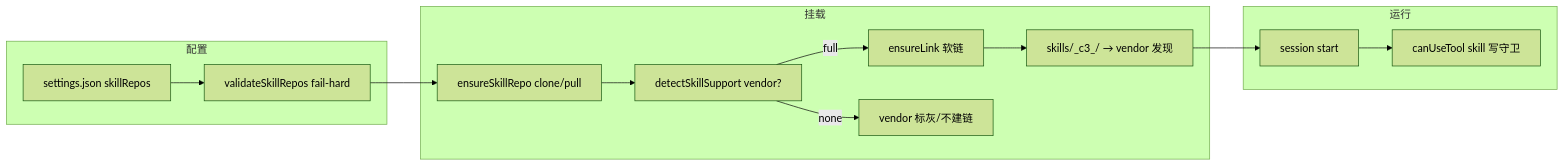
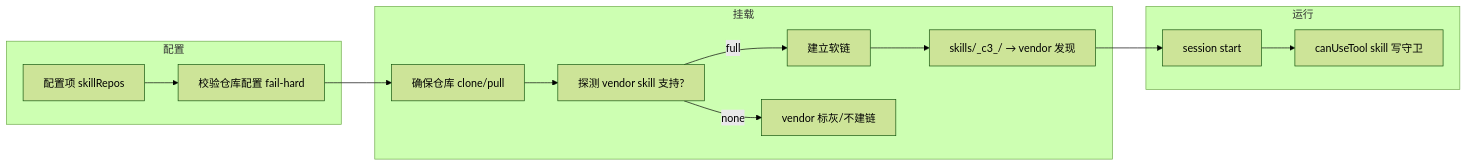
The diagram in specs/architecture/claude-agent-sdk-guide.md (sequencestream/c3), drawn with Mermaid (forest theme) before and after one commit. The commit also changed other lines of this file and 99 other files, not shown here.

````diff
--- a/specs/architecture/claude-agent-sdk-guide.md
+++ b/specs/architecture/claude-agent-sdk-guide.md
@@ -225,17 +225,17 @@
 ```mermaid
 flowchart LR
   subgraph 配置
-    R[settings.json skillRepos] --> V[validateSkillRepos fail-hard]
+    R[配置项 skillRepos] --> V[校验仓库配置 fail-hard]
   end
   subgraph 挂载
-    A[ensureSkillRepo clone/pull] --> B[detectSkillSupport vendor?]
-    B -->|full| C[ensureLink 软链]
+    A[确保仓库 clone/pull] --> B[探测 vendor skill 支持?]
+    B -->|full| C[建立软链]
     B -->|none| D[vendor 标灰/不建链]
     C --> E[skills/_c3_<id>/ → vendor 发现]
   end
   subgraph 运行
     E --> F[session start]
     F --> G[canUseTool skill 写守卫]
   end
   V --> A
 ```
````
